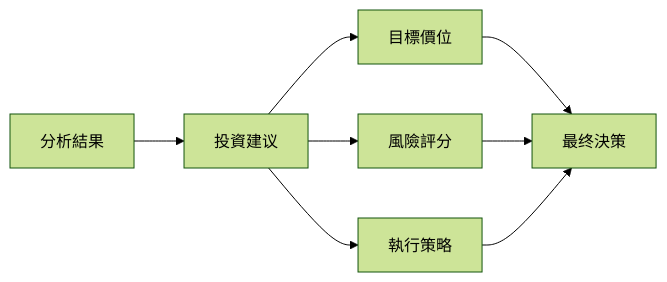
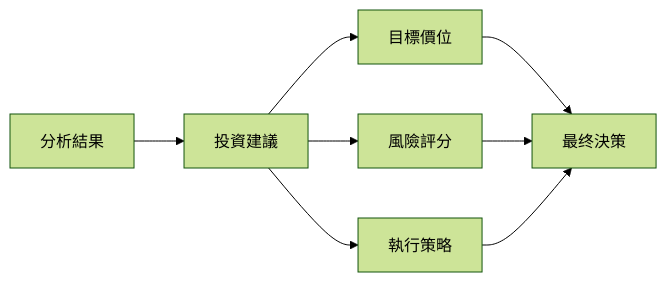
One commit to aiinpocket/TradingAgents-CN changed the third of 3 diagrams in docs/agents/v0.1.13/trader.md. Above: the diagram before and after it, drawn with Mermaid (forest theme). The commit also changed other lines of this file and 277 other files, not shown here.

````diff
--- a/docs/agents/v0.1.13/trader.md
+++ b/docs/agents/v0.1.13/trader.md
@@ -285,10 +279,10 @@
 ```mermaid
 graph LR
-    A[分析結果] --> B[投資建议]
+    A[分析結果] --> B[投資建議]
     B --> C[目標價位]
     B --> D[風險評分]
     B --> E[執行策略]
     C --> F[最终決策]
     D --> F
     E --> F
 ```
````
